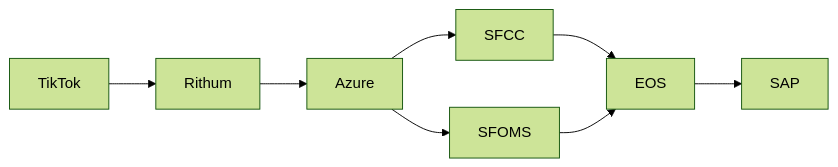
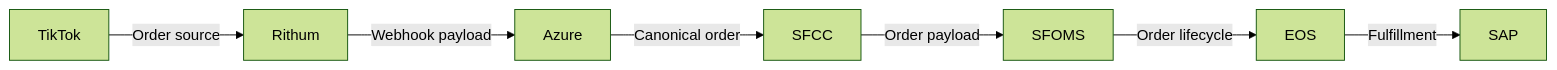
Before and after one commit to alienfacepalm/columbia-social-order-use-case: the fifth of 11 diagrams in presentation.md, drawn with Mermaid (forest theme). The commit also changed other lines of this file and 10 other files, not shown here.

First line of the commit message:
Speaker timer, layout, and diagram fixes

````diff
--- a/presentation.md
+++ b/presentation.md
@@ -214,10 +214,9 @@
 ```mermaid
 flowchart LR
-    TT["TikTok"] --> R["Rithum"]
-    R --> AZ["Azure"]
-    AZ --> SFCC["SFCC"]
-    AZ --> SFOMS["SFOMS"]
-    SFCC --> EOS["EOS"]
-    SFOMS --> EOS
-    EOS --> SAP["SAP"]
+    TT["TikTok"] -->|"Order source"| R["Rithum"]
+    R -->|"Webhook payload"| AZ["Azure"]
+    AZ -->|"Canonical order"| SFCC["SFCC"]
+    SFCC -->|"Order payload"| SFOMS["SFOMS"]
+    SFOMS -->|"Order lifecycle"| EOS["EOS"]
+    EOS -->|"Fulfillment"| SAP["SAP"]
 ```
````
